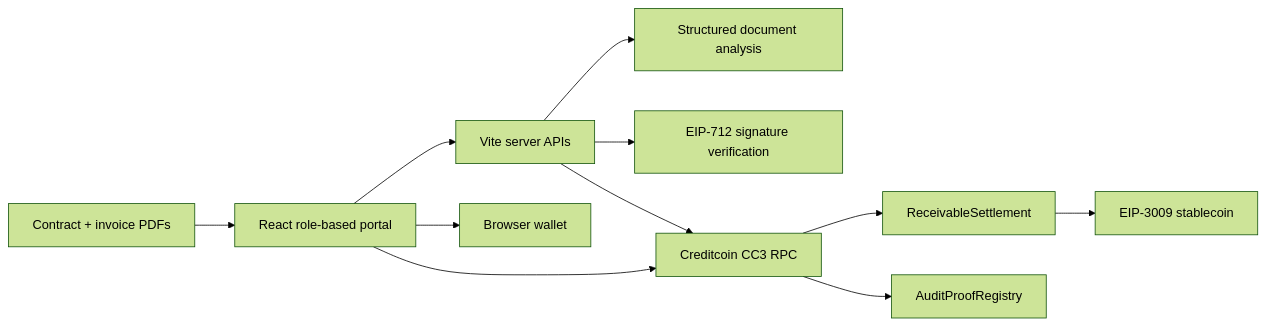
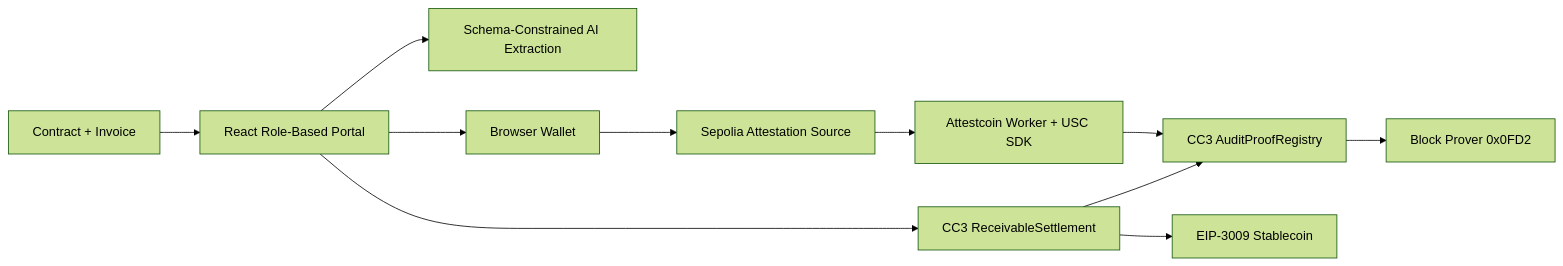
One commit to skymiss18/supplychain changed the third of 3 diagrams in README.md. Above: the diagram before and after it, drawn with Mermaid (forest theme). The commit also changed other lines of this file, not shown here.

````diff
--- a/README.md
+++ b/README.md
@@ -195,13 +200,13 @@
 ```mermaid
 flowchart LR
-    UI[React role-based portal] --> API[Vite server APIs]
-    PDF[Contract + invoice PDFs] --> UI
-    API --> AI[Structured document analysis]
-    UI --> WALLET[Browser wallet]
-    API --> VERIFY[EIP-712 signature verification]
-    UI --> RPC[Creditcoin CC3 RPC]
-    API --> RPC
-    RPC --> SETTLE[ReceivableSettlement]
-    RPC --> PROOF[AuditProofRegistry]
-    SETTLE --> TOKEN[EIP-3009 stablecoin]
+    DOC[Contract + Invoice] --> UI[React Role-Based Portal]
+    UI --> AI[Schema-Constrained AI Extraction]
+    UI --> WALLET[Browser Wallet]
+    WALLET --> SOURCE[Sepolia Attestation Source]
+    SOURCE --> WORKER[Attestcoin Worker + USC SDK]
+    WORKER --> REGISTRY[CC3 AuditProofRegistry]
+    REGISTRY --> PRECOMPILE[Block Prover 0x0FD2]
+    UI --> SETTLEMENT[CC3 ReceivableSettlement]
+    SETTLEMENT --> REGISTRY
+    SETTLEMENT --> TOKEN[EIP-3009 Stablecoin]
 ```
````
